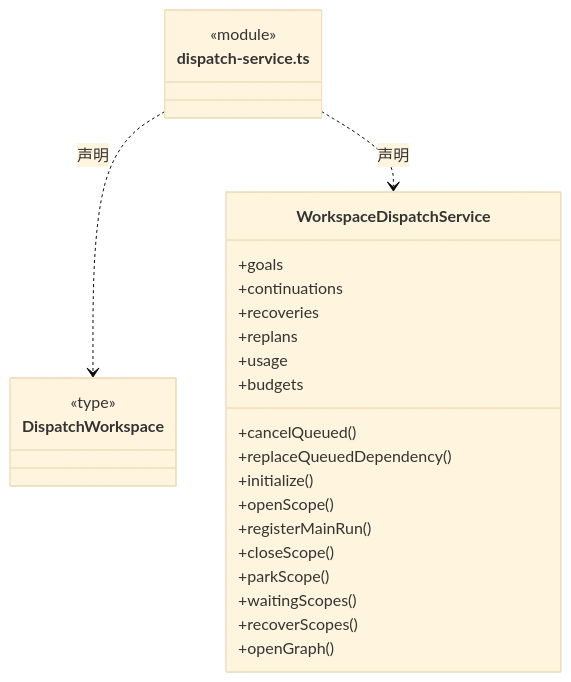
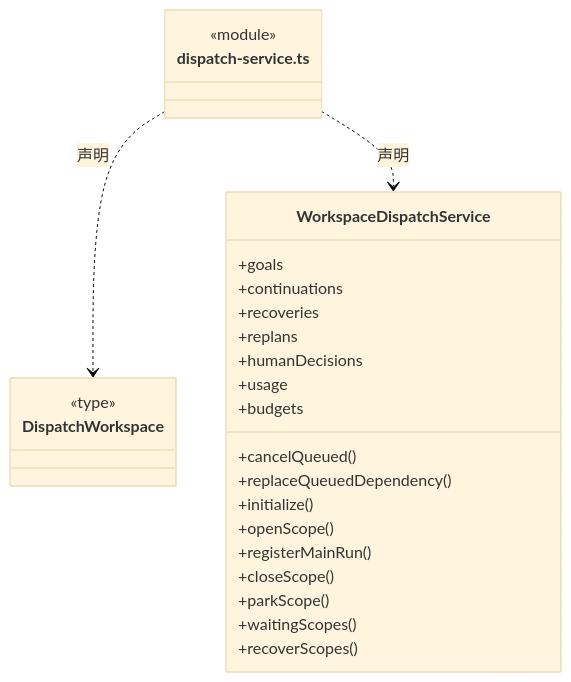
Before and after one commit to nan023062/cbim: the seventh of 59 diagrams in src/backend/scheduler-engine/execution/ARCHITECTURE.md, drawn with Mermaid (base theme). The commit also changed other lines of this file and 52 other files, not shown here.

````diff
--- a/src/backend/scheduler-engine/execution/ARCHITECTURE.md
+++ b/src/backend/scheduler-engine/execution/ARCHITECTURE.md
@@ -231,30 +232,30 @@
 ```mermaid
 classDiagram
 class N_src_backend_scheduler_engine_execution_dispatch_service_ts["dispatch-service.ts"] {
   <<module>>
 }
 class N_src_backend_scheduler_engine_execution_dispatch_service_ts_DispatchWorkspace["DispatchWorkspace"] {
   <<type>>
 
 }
 N_src_backend_scheduler_engine_execution_dispatch_service_ts ..> N_src_backend_scheduler_engine_execution_dispatch_service_ts_DispatchWorkspace : 声明
 class N_src_backend_scheduler_engine_execution_dispatch_service_ts_WorkspaceDispatchService["WorkspaceDispatchService"] {
   +goals
   +continuations
   +recoveries
   +replans
+  +humanDecisions
   +usage
   +budgets
   +cancelQueued()
   +replaceQueuedDependency()
   +initialize()
   +openScope()
   +registerMainRun()
   +closeScope()
   +parkScope()
   +waitingScopes()
   +recoverScopes()
-  +openGraph()
 }
 N_src_backend_scheduler_engine_execution_dispatch_service_ts ..> N_src_backend_scheduler_engine_execution_dispatch_service_ts_WorkspaceDispatchService : 声明
 ```
````
